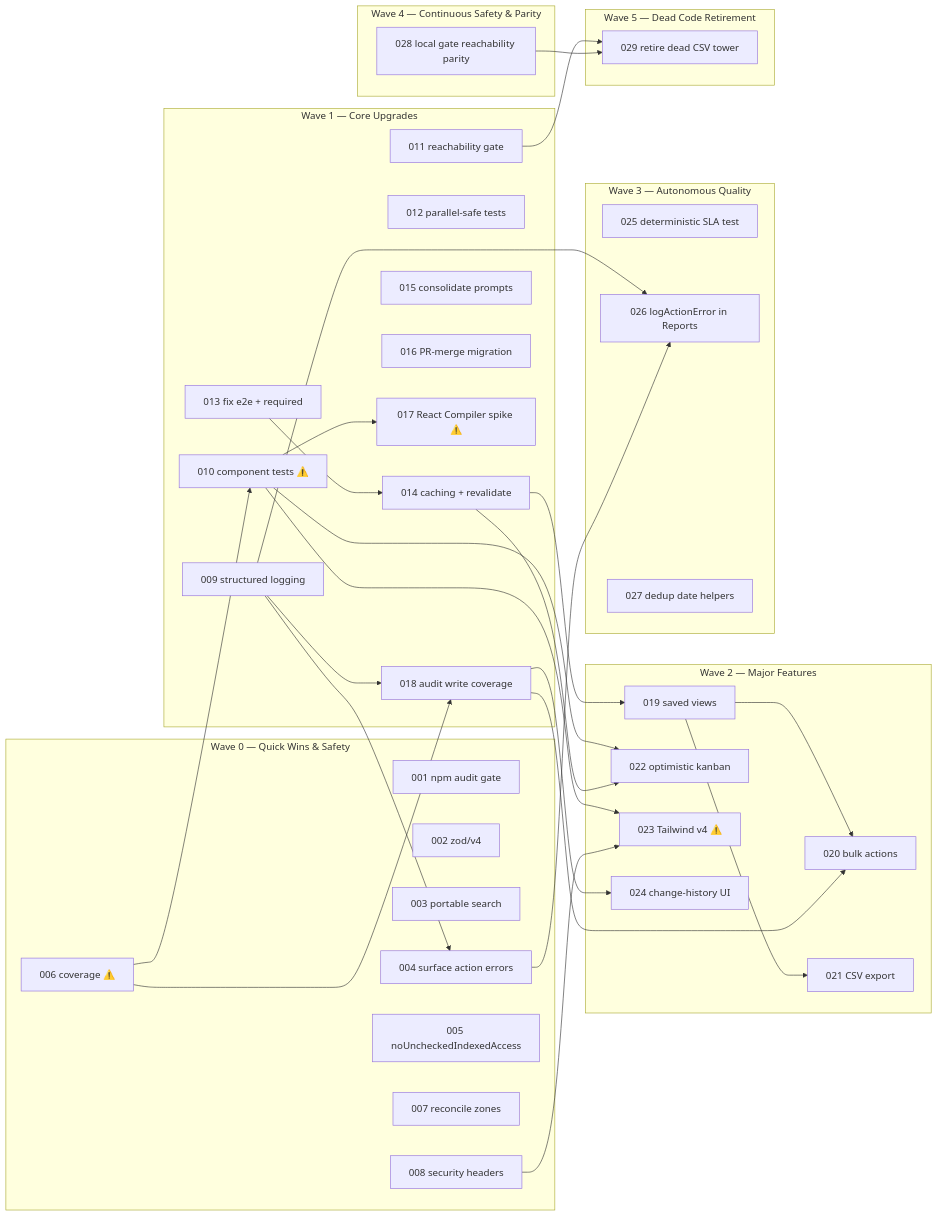
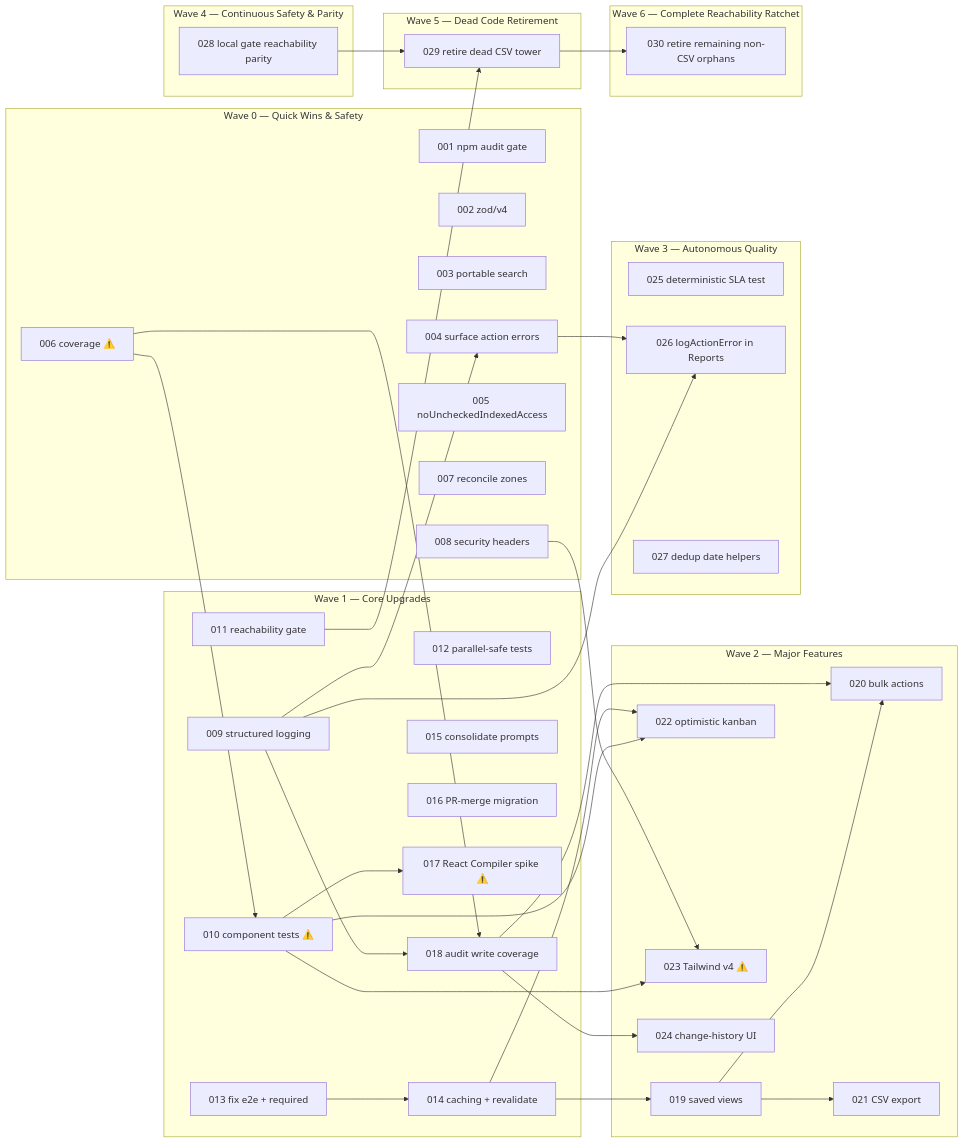
Before and after one commit to michaelcrosato/salesforce-lite-crm: the diagram in plan/ROADMAP.md, drawn with Mermaid. The commit also changed other lines of this file and 9 other files, not shown here.

Commit message:
feat(spec-030): retire final non-CSV orphans and ratchet allowed orphans to zero

````diff
--- a/plan/ROADMAP.md
+++ b/plan/ROADMAP.md
@@ -136,64 +144,68 @@
 ```mermaid
 graph LR
   subgraph P0["Wave 0 — Quick Wins & Safety"]
     S001["001 npm audit gate"]
     S002["002 zod/v4"]
     S003["003 portable search"]
     S004["004 surface action errors"]
     S005["005 noUncheckedIndexedAccess"]
     S006["006 coverage ⚠️"]
     S007["007 reconcile zones"]
     S008["008 security headers"]
   end
   subgraph P1["Wave 1 — Core Upgrades"]
     S009["009 structured logging"]
     S010["010 component tests ⚠️"]
     S011["011 reachability gate"]
     S012["012 parallel-safe tests"]
     S013["013 fix e2e + required"]
     S014["014 caching + revalidate"]
     S015["015 consolidate prompts"]
     S016["016 PR-merge migration"]
     S017["017 React Compiler spike ⚠️"]
     S018["018 audit write coverage"]
   end
   subgraph P2["Wave 2 — Major Features"]
     S019["019 saved views"]
     S020["020 bulk actions"]
     S021["021 CSV export"]
     S022["022 optimistic kanban"]
     S023["023 Tailwind v4 ⚠️"]
     S024["024 change-history UI"]
   end
   subgraph P3["Wave 3 — Autonomous Quality"]
     S025["025 deterministic SLA test"]
     S026["026 logActionError in Reports"]
     S027["027 dedup date helpers"]
   end
   subgraph P4["Wave 4 — Continuous Safety & Parity"]
     S028["028 local gate reachability parity"]
   end
   subgraph P5["Wave 5 — Dead Code Retirement"]
     S029["029 retire dead CSV tower"]
   end
+  subgraph P6["Wave 6 — Complete Reachability Ratchet"]
+    S030["030 retire remaining non-CSV orphans"]
+  end
 
   S009 --> S004
   S009 --> S018
   S006 --> S010
   S006 --> S018
   S013 --> S014
   S010 --> S017
   S010 --> S022
   S010 --> S023
   S008 --> S023
   S014 --> S019
   S014 --> S022
   S019 --> S020
   S019 --> S021
   S018 --> S020
   S018 --> S024
   S009 --> S026
   S004 --> S026
   S011 --> S029
   S028 --> S029
+  S029 --> S030
 ```
````
